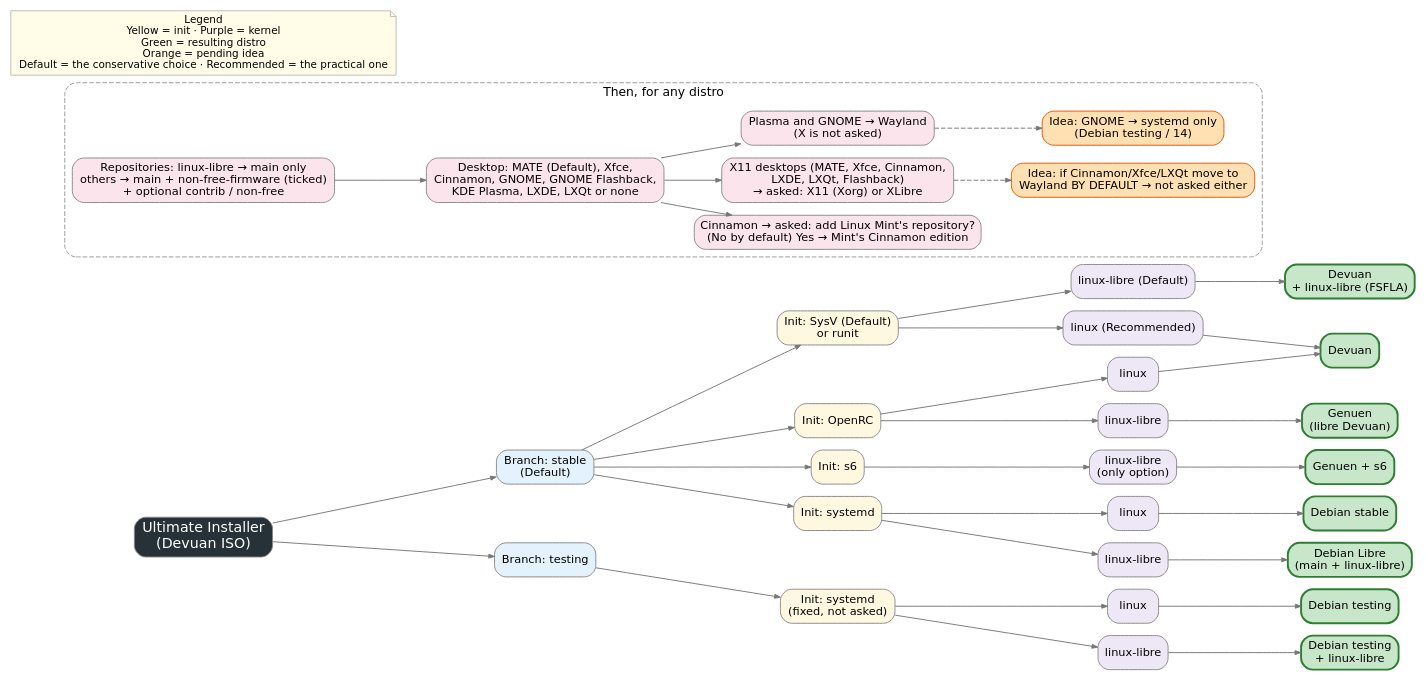
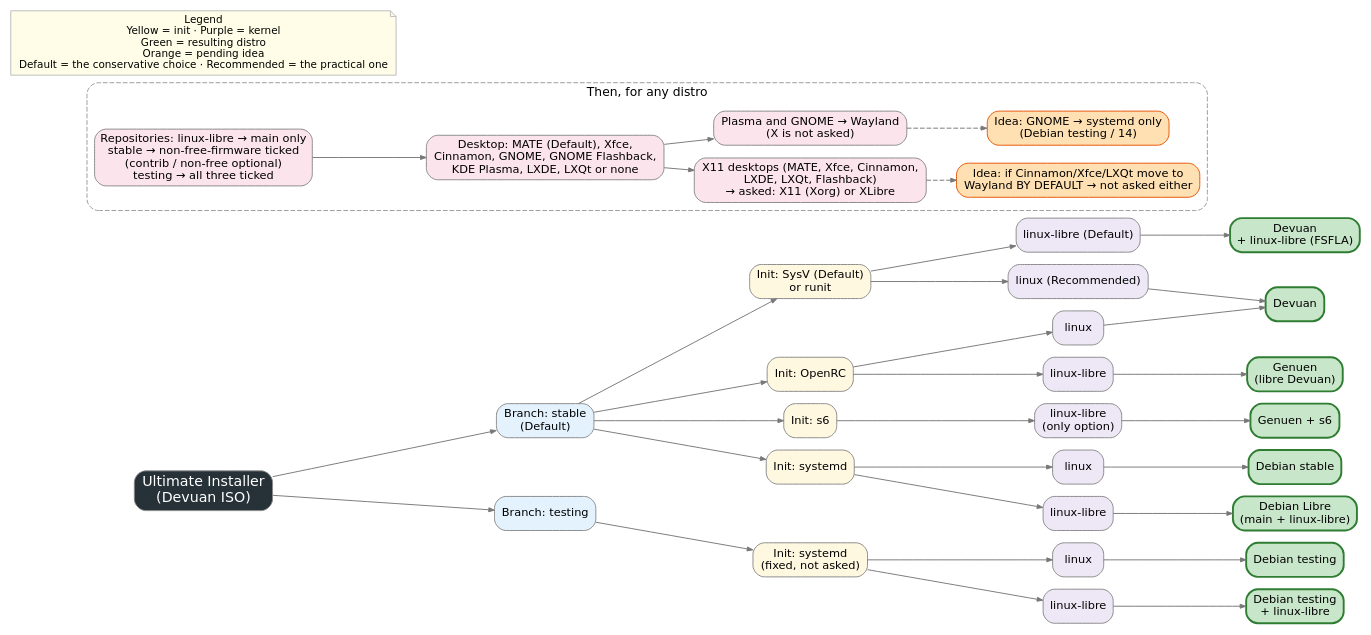
The diagram in options-diagram.dot (Crafer32/ultimate-installer), drawn with Graphviz before and after one commit. The commit also changed 7 other files, not shown here.

Commit message:
Without Linux Mint; testing ticks all three repositories by default; README without the root password screen

```diff
--- a/options-diagram.dot
+++ b/options-diagram.dot
@@ -1,63 +1,62 @@
 digraph U {
   rankdir=LR; nodesep=0.18; ranksep=0.45; bgcolor="white";
   node [shape=box, style="rounded,filled", fontname="DejaVu Sans", fontsize=12, fillcolor="#f2f2f2", color="#888888"];
   edge [color="#777777", arrowsize=0.6];
   ui [label="Ultimate Installer\n(Devuan ISO)", fillcolor="#263238", fontcolor="white", fontsize=15];
 
   st [label="Branch: stable\n(Default)", fillcolor="#e3f2fd"];
   te [label="Branch: testing", fillcolor="#e3f2fd"];
   ui -> st; ui -> te;
 
   // stable
   sysv [label="Init: SysV (Default)\nor runit", fillcolor="#fff8e1"];
   orc  [label="Init: OpenRC", fillcolor="#fff8e1"];
   s6   [label="Init: s6", fillcolor="#fff8e1"];
   sd   [label="Init: systemd", fillcolor="#fff8e1"];
   st -> sysv; st -> orc; st -> s6; st -> sd;
 
   node [fillcolor="#ede7f6"];
   k1 [label="linux-libre (Default)"]; k2 [label="linux (Recommended)"];
   k4 [label="linux-libre"]; k5 [label="linux"];
   k7 [label="linux-libre\n(only option)"];
   k8 [label="linux"]; k9 [label="linux-libre"];
   sysv -> k1; sysv -> k2;
   orc -> k4; orc -> k5;
   s6 -> k7;
   sd -> k8; sd -> k9;
 
   node [shape=box, style="rounded,filled,bold", fillcolor="#c8e6c9", color="#2e7d32"];
   d1 [label="Devuan\n+ linux-libre (FSFLA)"];
   d2 [label="Devuan"];
   d4 [label="Genuen\n(libre Devuan)"];
   d5 [label="Genuen + s6"];
   d6 [label="Debian stable"];
   d7 [label="Debian Libre\n(main + linux-libre)"];
   k1 -> d1; k2 -> d2; k5 -> d2;
   k4 -> d4; k7 -> d5; k8 -> d6; k9 -> d7;
 
   // testing
   tsd [label="Init: systemd\n(fixed, not asked)", style="rounded,filled", fillcolor="#fff8e1", color="#888888"];
   te -> tsd;
   node [style="rounded,filled", fillcolor="#ede7f6", color="#888888"];
   tk1 [label="linux"]; tk2 [label="linux-libre"];
   tsd -> tk1; tsd -> tk2;
   node [style="rounded,filled,bold", fillcolor="#c8e6c9", color="#2e7d32"];
   d9 [label="Debian testing"]; d10 [label="Debian testing\n+ linux-libre"];
   tk1 -> d9; tk2 -> d10;
 
   // desktop and X
   subgraph cluster_desktop {
     label="Then, for any distro"; fontname="DejaVu Sans"; fontsize=13; style="rounded,dashed"; color="#999999";
     node [style="rounded,filled", fillcolor="#fce4ec", color="#888888"];
-    rep [label="Repositories: linux-libre → main only\nothers → main + non-free-firmware (ticked)\n+ optional contrib / non-free"];
+    rep [label="Repositories: linux-libre → main only\nstable → non-free-firmware ticked\n(contrib / non-free optional)\ntesting → all three ticked"];
     esc [label="Desktop: MATE (Default), Xfce,\nCinnamon, GNOME, GNOME Flashback,\nKDE Plasma, LXDE, LXQt or none"];
-    mint [label="Cinnamon → asked: add Linux Mint's repository?\n(No by default) Yes → Mint's Cinnamon edition"];
     x11 [label="X11 desktops (MATE, Xfce, Cinnamon,\nLXDE, LXQt, Flashback)\n→ asked: X11 (Xorg) or XLibre"];
     way [label="Plasma and GNOME → Wayland\n(X is not asked)"];
     gn  [label="Idea: GNOME → systemd only\n(Debian testing / 14)", fillcolor="#ffe0b2", color="#e65100"];
     fut [label="Idea: if Cinnamon/Xfce/LXQt move to\nWayland BY DEFAULT → not asked either", fillcolor="#ffe0b2", color="#e65100"];
-    rep -> esc; esc -> mint; esc -> x11; esc -> way; way -> gn [style=dashed]; x11 -> fut [style=dashed];
+    rep -> esc; esc -> x11; esc -> way; way -> gn [style=dashed]; x11 -> fut [style=dashed];
   }
   legend [shape=note, style="filled", fillcolor="#fffde7", color="#bbbbbb", fontsize=11,
        label="Legend\nYellow = init · Purple = kernel\nGreen = resulting distro\nOrange = pending idea\nDefault = the conservative choice · Recommended = the practical one"];
 }
```
